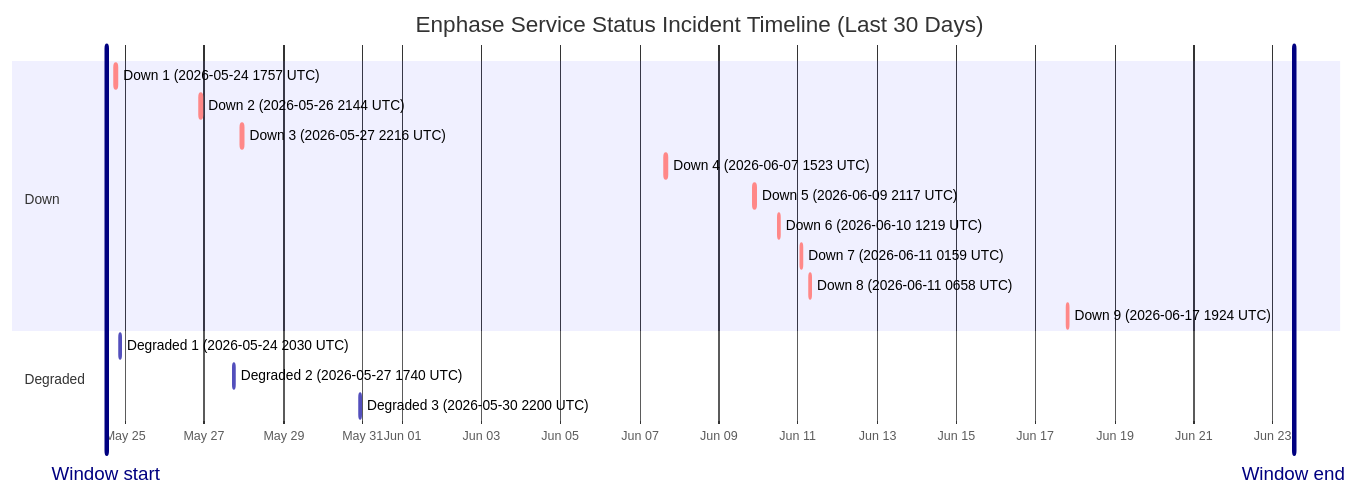
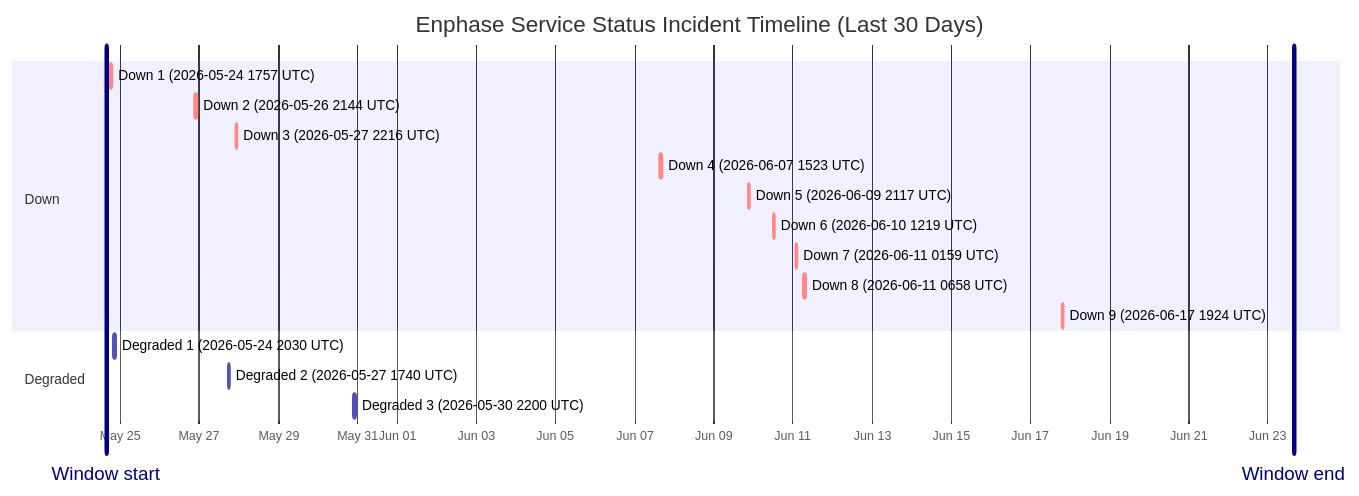
One commit to barneyonline/ha-enphase-energy changed the diagram in wiki/Service-Status-History.md. Above: the diagram before and after it, drawn with Mermaid. The commit also changed other lines of this file and 3 other files, not shown here.

````diff
--- a/wiki/Service-Status-History.md
+++ b/wiki/Service-Status-History.md
@@ -14,22 +14,22 @@
 ```mermaid
 gantt
     title Enphase Service Status Incident Timeline (Last 30 Days)
     dateFormat  YYYY-MM-DDTHH:mm:ss
     axisFormat  %b %d
-    Window start :vert, window-start, 2026-05-24T12:31:22, 0ms
-    Window end :vert, window-end, 2026-06-23T12:31:22, 0ms
+    Window start :vert, window-start, 2026-05-24T15:46:40, 0ms
+    Window end :vert, window-end, 2026-06-23T15:46:40, 0ms
     section Down
     Down 1 (2026-05-24 1757 UTC) :crit, down-1, 2026-05-24T17:57:41, 86m
     Down 2 (2026-05-26 2144 UTC) :crit, down-2, 2026-05-26T21:44:11, 85m
     Down 3 (2026-05-27 2216 UTC) :crit, down-3, 2026-05-27T22:16:53, 87m
     Down 4 (2026-06-07 1523 UTC) :crit, down-4, 2026-06-07T15:23:22, 87m
     Down 5 (2026-06-09 2117 UTC) :crit, down-5, 2026-06-09T21:17:17, 60m
     Down 6 (2026-06-10 1219 UTC) :crit, down-6, 2026-06-10T12:19:21, 60m
     Down 7 (2026-06-11 0159 UTC) :crit, down-7, 2026-06-11T01:59:36, 60m
     Down 8 (2026-06-11 0658 UTC) :crit, down-8, 2026-06-11T06:58:45, 60m
     Down 9 (2026-06-17 1924 UTC) :crit, down-9, 2026-06-17T19:24:51, 60m
     section Degraded
     Degraded 1 (2026-05-24 2030 UTC) :active, degraded-1, 2026-05-24T20:30:57, 84m
     Degraded 2 (2026-05-27 1740 UTC) :active, degraded-2, 2026-05-27T17:40:52, 60m
     Degraded 3 (2026-05-30 2200 UTC) :active, degraded-3, 2026-05-30T22:00:37, 60m
 ```
````
